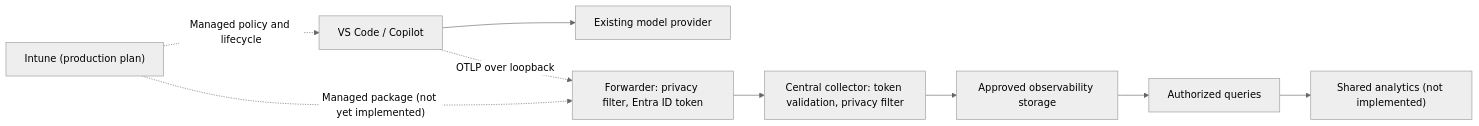
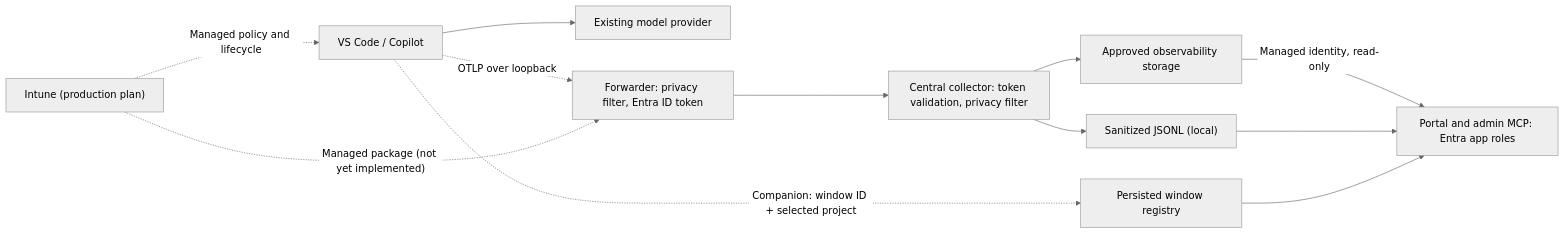
One commit to microsoft/copilot-insights changed the diagram in docs/architecture.md. Above: the diagram before and after it, drawn with Mermaid (neutral theme). The commit also changed other lines of this file and 55 other files, not shown here.

First line of the commit message:
feat: deploy the insights portal to Azure with a Log Analytics source

````diff
--- a/docs/architecture.md
+++ b/docs/architecture.md
@@ -9,11 +9,14 @@
 ```mermaid
 flowchart LR
     Management["Intune (production plan)"] -. "Managed policy and lifecycle" .-> Editor["VS Code / Copilot"]
     Editor --> Model["Existing model provider"]
     Editor -. "OTLP over loopback" .-> Forwarder["Forwarder: privacy filter, Entra ID token"]
     Management -. "Managed package (not yet implemented)" .-> Forwarder
     Forwarder --> Collector["Central collector: token validation, privacy filter"]
     Collector --> Store["Approved observability storage"]
-    Store --> Query["Authorized queries"]
-    Query --> View["Shared analytics (not implemented)"]
+    Store -->|"Managed identity, read-only"| View
+    Collector --> Capture["Sanitized JSONL (local)"]
+    Capture --> View["Portal and admin MCP: Entra app roles"]
+    Editor -. "Companion: window ID + selected project" .-> Registry["Persisted window registry"]
+    Registry --> View
 ```
````
